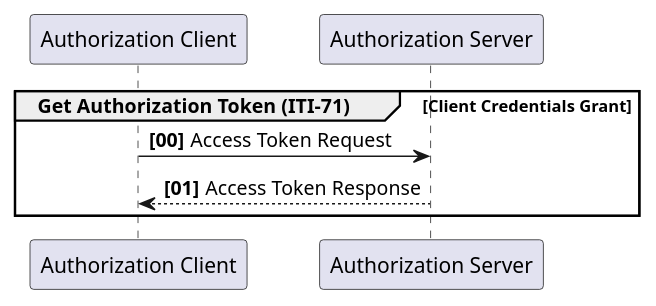
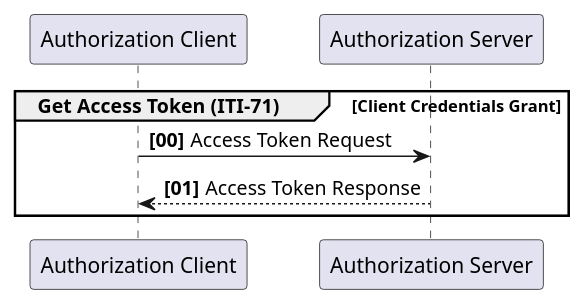
One commit to IHE/ITI.IUA changed the second of 6 diagrams in IHE_ITI_Suppl_IUA.md. Above: the diagram before and after it, drawn with PlantUML. The commit also changed other lines of this file and 5 other files, not shown here.

Commit message:
change Authorization Token to Access Token. closes #17

````diff
--- a/IHE_ITI_Suppl_IUA.md
+++ b/IHE_ITI_Suppl_IUA.md
@@ -597,17 +597,17 @@
 ```plantuml
 @startuml client-credential-grant
 
 participant "Authorization Client" as Client
 participant "Authorization Server" as AuthzServer
 
 autonumber 0 1 "<b>[00]</b>"
 
-group Get Authorization Token (ITI-71) [Client Credentials Grant]
+group Get Access Token (ITI-71) [Client Credentials Grant]
 Client -> AuthzServer: Access Token Request
 AuthzServer --> Client: Access Token Response
 end
 
 autonumber stop
 
 @enduml
 ```
````
